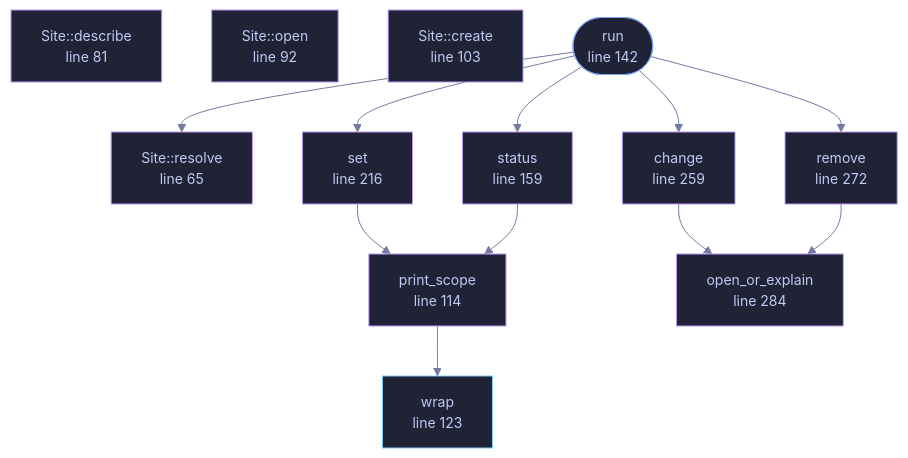
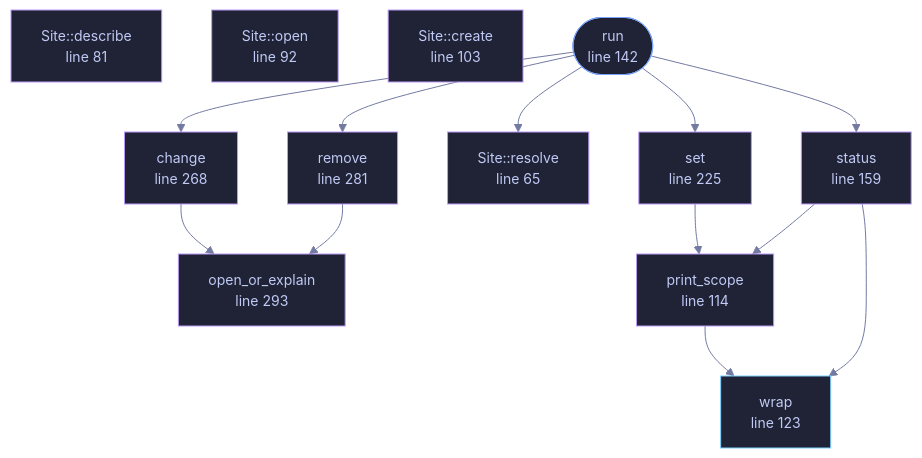
The diagram in docs/files/veilvoice-cli/lock.md (tilas01/veilvoice), drawn with Mermaid before and after one commit. The commit also changed other lines of this file and 65 other files, not shown here.

````diff
--- a/docs/files/veilvoice-cli/lock.md
+++ b/docs/files/veilvoice-cli/lock.md
@@ -75,44 +75,45 @@
 ```mermaid
 %%{init: {"theme":"base","themeVariables":{"background":"#1a1b26","primaryColor":"#1f2335","primaryTextColor":"#c0caf5","primaryBorderColor":"#7aa2f7","secondaryColor":"#16161e","tertiaryColor":"#16161e","lineColor":"#737aa2","textColor":"#c0caf5","mainBkg":"#1f2335","nodeBorder":"#7aa2f7","clusterBkg":"#16161e","clusterBorder":"#2f3549","fontFamily":"ui-monospace, SFMono-Regular, Consolas, monospace","fontSize":"14px"}}}%%
 flowchart TD
     n_resolve["Site::resolve<br/>line 65"]
     n_describe["Site::describe<br/>line 81"]
     n_open["Site::open<br/>line 92"]
     n_create["Site::create<br/>line 103"]
     n_print_scope["print_scope<br/>line 114"]
     n_wrap["wrap<br/>line 123"]
     n_run(["run<br/>line 142"])
     n_status["status<br/>line 159"]
-    n_set["set<br/>line 216"]
-    n_change["change<br/>line 259"]
-    n_remove["remove<br/>line 272"]
-    n_open_or_explain["open_or_explain<br/>line 284"]
+    n_set["set<br/>line 225"]
+    n_change["change<br/>line 268"]
+    n_remove["remove<br/>line 281"]
+    n_open_or_explain["open_or_explain<br/>line 293"]
     n_change --> n_open_or_explain
     n_print_scope --> n_wrap
     n_remove --> n_open_or_explain
     n_run --> n_change
     n_run --> n_remove
     n_run --> n_resolve
     n_run --> n_set
     n_run --> n_status
     n_set --> n_print_scope
     n_status --> n_print_scope
+    n_status --> n_wrap
     click n_resolve href "https://github.com/tilas01/veilvoice/blob/main/crates/veilvoice-cli/src/lock.rs#L65" "open the source"
     click n_describe href "https://github.com/tilas01/veilvoice/blob/main/crates/veilvoice-cli/src/lock.rs#L81" "open the source"
     click n_open href "https://github.com/tilas01/veilvoice/blob/main/crates/veilvoice-cli/src/lock.rs#L92" "open the source"
     click n_create href "https://github.com/tilas01/veilvoice/blob/main/crates/veilvoice-cli/src/lock.rs#L103" "open the source"
     click n_print_scope href "https://github.com/tilas01/veilvoice/blob/main/crates/veilvoice-cli/src/lock.rs#L114" "open the source"
     click n_wrap href "https://github.com/tilas01/veilvoice/blob/main/crates/veilvoice-cli/src/lock.rs#L123" "open the source"
     click n_run href "https://github.com/tilas01/veilvoice/blob/main/crates/veilvoice-cli/src/lock.rs#L142" "open the source"
     click n_status href "https://github.com/tilas01/veilvoice/blob/main/crates/veilvoice-cli/src/lock.rs#L159" "open the source"
-    click n_set href "https://github.com/tilas01/veilvoice/blob/main/crates/veilvoice-cli/src/lock.rs#L216" "open the source"
-    click n_change href "https://github.com/tilas01/veilvoice/blob/main/crates/veilvoice-cli/src/lock.rs#L259" "open the source"
-    click n_remove href "https://github.com/tilas01/veilvoice/blob/main/crates/veilvoice-cli/src/lock.rs#L272" "open the source"
-    click n_open_or_explain href "https://github.com/tilas01/veilvoice/blob/main/crates/veilvoice-cli/src/lock.rs#L284" "open the source"
+    click n_set href "https://github.com/tilas01/veilvoice/blob/main/crates/veilvoice-cli/src/lock.rs#L225" "open the source"
+    click n_change href "https://github.com/tilas01/veilvoice/blob/main/crates/veilvoice-cli/src/lock.rs#L268" "open the source"
+    click n_remove href "https://github.com/tilas01/veilvoice/blob/main/crates/veilvoice-cli/src/lock.rs#L281" "open the source"
+    click n_open_or_explain href "https://github.com/tilas01/veilvoice/blob/main/crates/veilvoice-cli/src/lock.rs#L293" "open the source"
     classDef entry fill:#1f2335,stroke:#7aa2f7,color:#c0caf5
     class n_run entry
     classDef api fill:#1f2335,stroke:#7dcfff,color:#c0caf5
     class n_wrap api
     classDef helper fill:#1f2335,stroke:#bb9af7,color:#c0caf5
     class n_resolve,n_describe,n_open,n_create,n_print_scope,n_status,n_set,n_change,n_remove,n_open_or_explain helper
 ```
````
